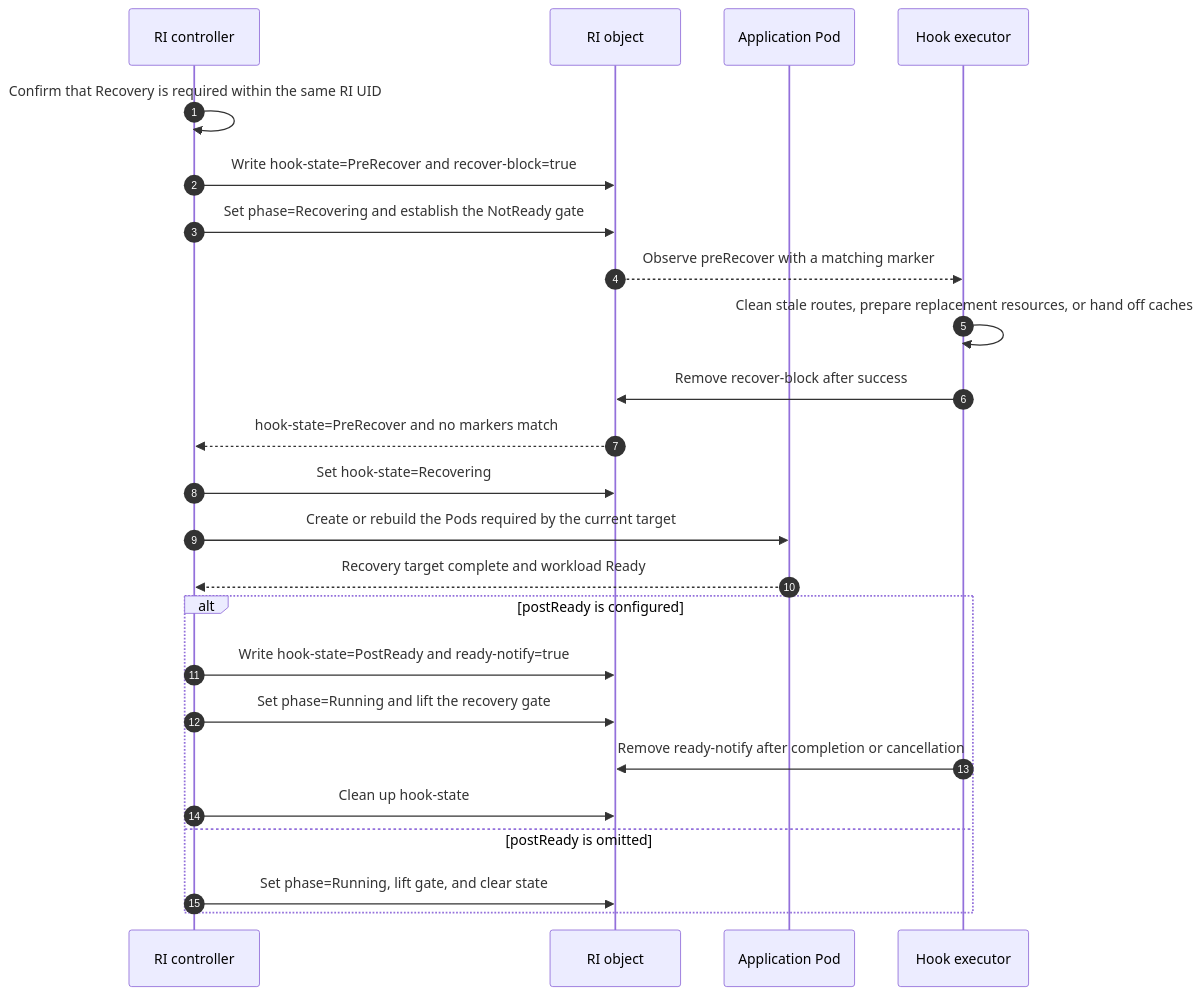
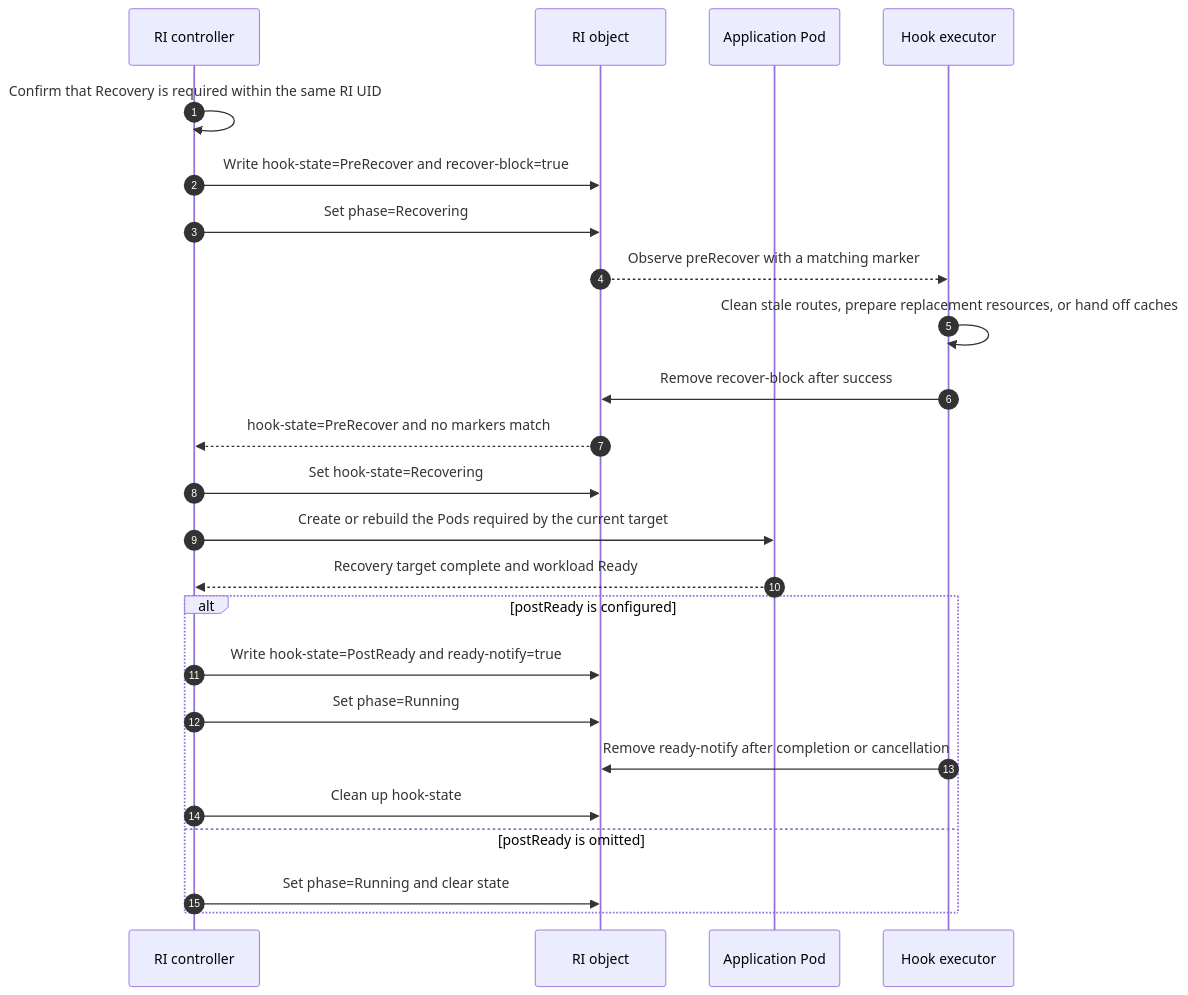
Before and after one commit to sgl-project/rbg: the second of 4 diagrams in keps/527-roleinstance-lifecycle/README.md, drawn with Mermaid. The commit also changed other lines of this file and 1 other file, not shown here.

Commit message:
docs: remove markNotReady and readiness gating from KEP-527

````diff
--- a/keps/527-roleinstance-lifecycle/README.md
+++ b/keps/527-roleinstance-lifecycle/README.md
@@ -595,26 +544,26 @@
 ```mermaid
 sequenceDiagram
     autonumber
     participant C as RI controller
     participant R as RI object
     participant P as Application Pod
     participant E as Hook executor
     C->>C: Confirm that Recovery is required within the same RI UID
     C->>R: Write hook-state=PreRecover and recover-block=true
-    C->>R: Set phase=Recovering and establish the NotReady gate
+    C->>R: Set phase=Recovering
     R-->>E: Observe preRecover with a matching marker
     E->>E: Clean stale routes, prepare replacement resources, or hand off caches
     E->>R: Remove recover-block after success
     R-->>C: hook-state=PreRecover and no markers match
     C->>R: Set hook-state=Recovering
     C->>P: Create or rebuild the Pods required by the current target
     P-->>C: Recovery target complete and workload Ready
     alt postReady is configured
         C->>R: Write hook-state=PostReady and ready-notify=true
-        C->>R: Set phase=Running and lift the recovery gate
+        C->>R: Set phase=Running
         E->>R: Remove ready-notify after completion or cancellation
         C->>R: Clean up hook-state
     else postReady is omitted
-        C->>R: Set phase=Running, lift gate, and clear state
+        C->>R: Set phase=Running and clear state
     end
 ```
````
